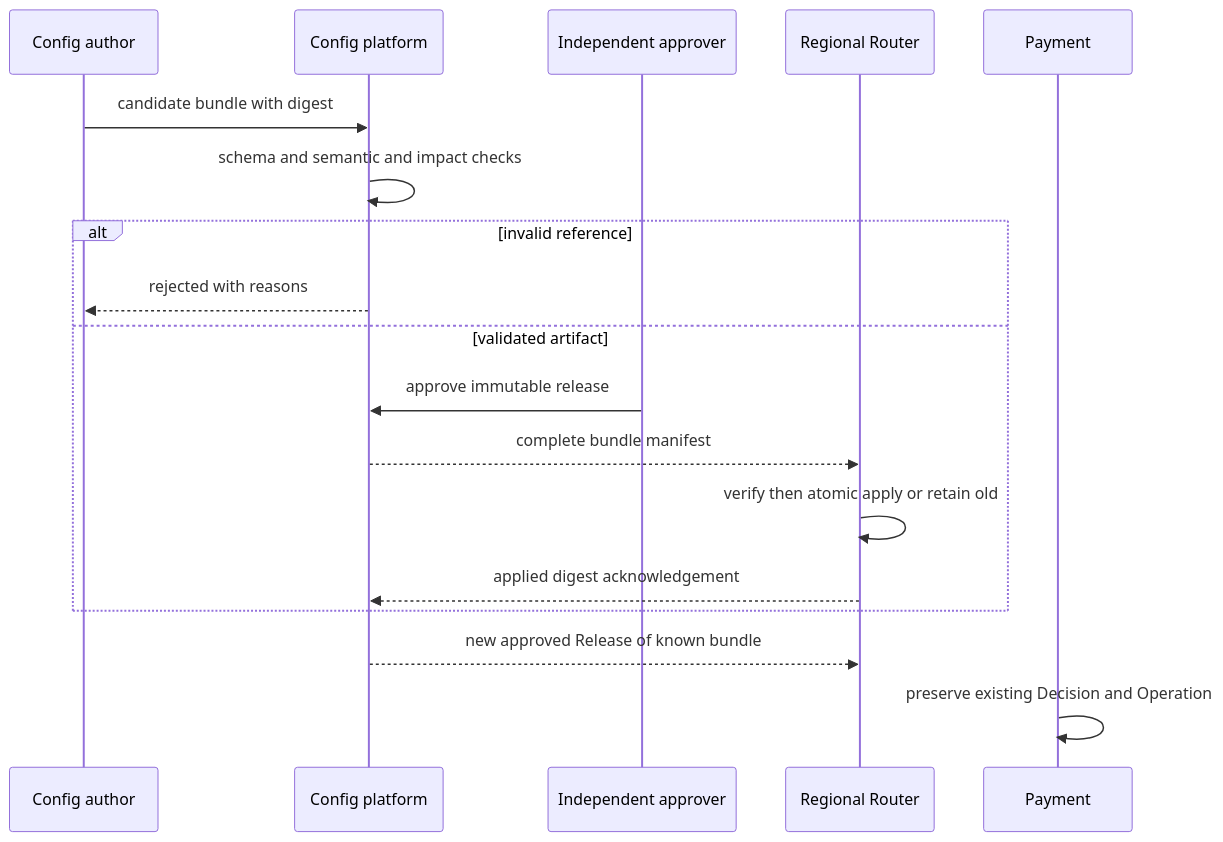
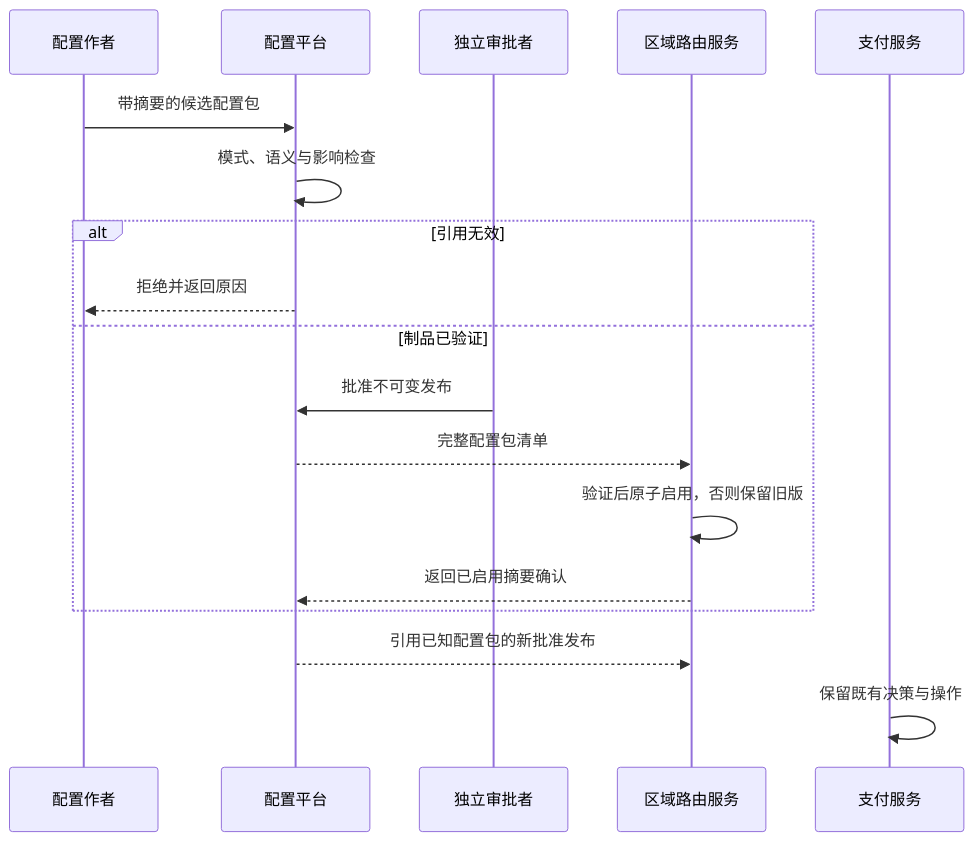
One commit to YouEclipse/Designing-Modern-Payment-Systems changed the fourth of 5 diagrams in part-6-case-study/global-payment-routing-platform.md. Above: the diagram before and after it, drawn with Mermaid. The commit also changed other lines of this file and 59 other files, not shown here.

````diff
--- a/part-6-case-study/global-payment-routing-platform.md
+++ b/part-6-case-study/global-payment-routing-platform.md
@@ -346,20 +346,20 @@
 ```mermaid
 sequenceDiagram
-    participant Author as Config author
-    participant C as Config platform
-    participant Reviewer as Independent approver
-    participant R as Regional Router
-    participant P as Payment
-    Author->>C: candidate bundle with digest
-    C->>C: schema and semantic and impact checks
-    alt invalid reference
-        C-->>Author: rejected with reasons
-    else validated artifact
-        Reviewer->>C: approve immutable release
-        C-->>R: complete bundle manifest
-        R->>R: verify then atomic apply or retain old
-        R-->>C: applied digest acknowledgement
+    participant Author as 配置作者
+    participant C as 配置平台
+    participant Reviewer as 独立审批者
+    participant R as 区域路由服务
+    participant P as 支付服务
+    Author->>C: 带摘要的候选配置包
+    C->>C: 模式、语义与影响检查
+    alt 引用无效
+        C-->>Author: 拒绝并返回原因
+    else 制品已验证
+        Reviewer->>C: 批准不可变发布
+        C-->>R: 完整配置包清单
+        R->>R: 验证后原子启用，否则保留旧版
+        R-->>C: 返回已启用摘要确认
     end
-    C-->>R: new approved Release of known bundle
-    P->>P: preserve existing Decision and Operation
+    C-->>R: 引用已知配置包的新批准发布
+    P->>P: 保留既有决策与操作
 ```
````
